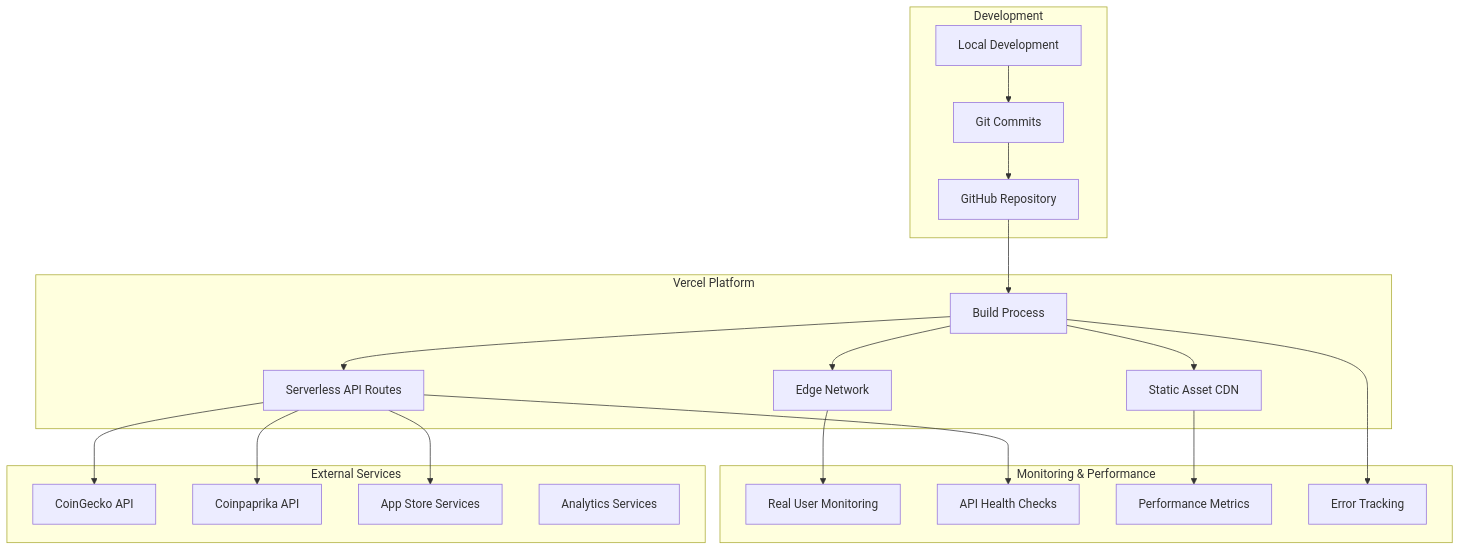
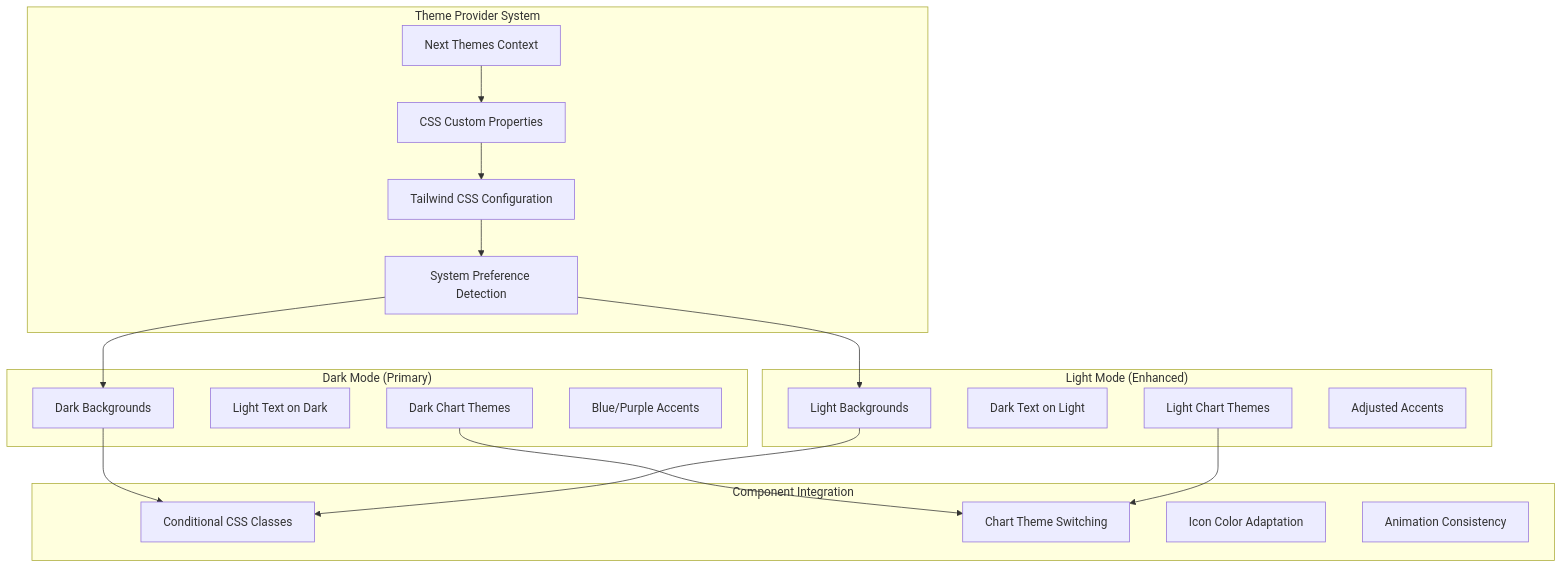
One commit to oxnr/picotop changed the eighth of 10 diagrams in ARCHITECTURE.md. Above: the diagram before and after it, drawn with Mermaid. The commit also changed other lines of this file and 34 other files, not shown here.

First line of the commit message:
feat: Complete Picojeet enhanced Bitcoin chart and documentation checkpoint

````diff
--- a/ARCHITECTURE.md
+++ b/ARCHITECTURE.md
@@ -375,46 +293,42 @@
 ```mermaid
 graph TB
-    subgraph "Development"
-        LocalDev[Local Development]
-        GitCommit[Git Commits]
-        GitHubRepo[GitHub Repository]
+    subgraph "Theme Provider System"
+        ThemeContext[Next Themes Context]
+        CSSVariables[CSS Custom Properties]
+        TailwindConfig[Tailwind CSS Configuration]
+        SystemDetection[System Preference Detection]
     end
     
-    subgraph "Vercel Platform"
-        BuildProcess[Build Process]
-        EdgeNetwork[Edge Network]
-        ServerlessAPI[Serverless API Routes]
-        StaticAssets[Static Asset CDN]
+    subgraph "Dark Mode (Primary)"
+        DarkBackground[Dark Backgrounds]
+        DarkText[Light Text on Dark]
+        DarkCharts[Dark Chart Themes]
+        DarkAccents[Blue/Purple Accents]
     end
     
-    subgraph "External Services"
-        CoinGeckoAPI[CoinGecko API]
-        CoinpaprikaAPI[Coinpaprika API]
-        AppStoreServices[App Store Services]
-        AnalyticsServices[Analytics Services]
+    subgraph "Light Mode (Enhanced)"
+        LightBackground[Light Backgrounds]
+        LightText[Dark Text on Light]
+        LightCharts[Light Chart Themes]
+        LightAccents[Adjusted Accents]
     end
     
-    subgraph "Monitoring & Performance"
-        RealUserMonitoring[Real User Monitoring]
-        APIHealthChecks[API Health Checks]
-        PerformanceMetrics[Performance Metrics]
-        ErrorTracking[Error Tracking]
+    subgraph "Component Integration"
+        ConditionalClasses[Conditional CSS Classes]
+        ChartTheming[Chart Theme Switching]
+        IconAdaptation[Icon Color Adaptation]
+        AnimationConsistency[Animation Consistency]
     end
     
-    LocalDev --> GitCommit
-    GitCommit --> GitHubRepo
-    GitHubRepo --> BuildProcess
+    ThemeContext --> CSSVariables
+    CSSVariables --> TailwindConfig
+    TailwindConfig --> SystemDetection
     
-    BuildProcess --> EdgeNetwork
-    BuildProcess --> ServerlessAPI
-    BuildProcess --> StaticAssets
+    SystemDetection --> DarkBackground
+    SystemDetection --> LightBackground
     
-    ServerlessAPI --> CoinGeckoAPI
-    ServerlessAPI --> CoinpaprikaAPI
-    ServerlessAPI --> AppStoreServices
-    
-    EdgeNetwork --> RealUserMonitoring
-    ServerlessAPI --> APIHealthChecks
-    StaticAssets --> PerformanceMetrics
-    BuildProcess --> ErrorTracking
+    DarkBackground --> ConditionalClasses
+    LightBackground --> ConditionalClasses
+    DarkCharts --> ChartTheming
+    LightCharts --> ChartTheming
 ```
````
